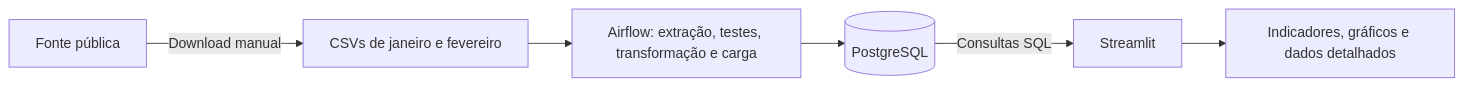
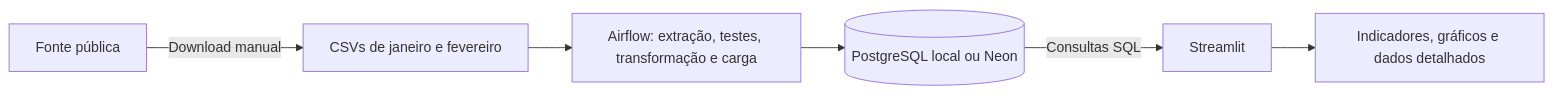
One commit to matheus-dataeng/Teste_Tecnico_Desenvolvedor_Jr_Ottrans changed the diagram in README.md. Above: the diagram before and after it, drawn with Mermaid. The commit also changed other lines of this file and 8 other files, not shown here.

````diff
--- a/README.md
+++ b/README.md
@@ -16,8 +18,8 @@
 ```mermaid
 flowchart LR
     A["Fonte pública"] -->|Download manual| B["CSVs de janeiro e fevereiro"]
     B --> C["Airflow: extração, testes, transformação e carga"]
-    C --> D[(PostgreSQL)]
+    C --> D[(PostgreSQL local ou Neon)]
     D -->|Consultas SQL| E[Streamlit]
     E --> F["Indicadores, gráficos e dados detalhados"]
 ```
````
